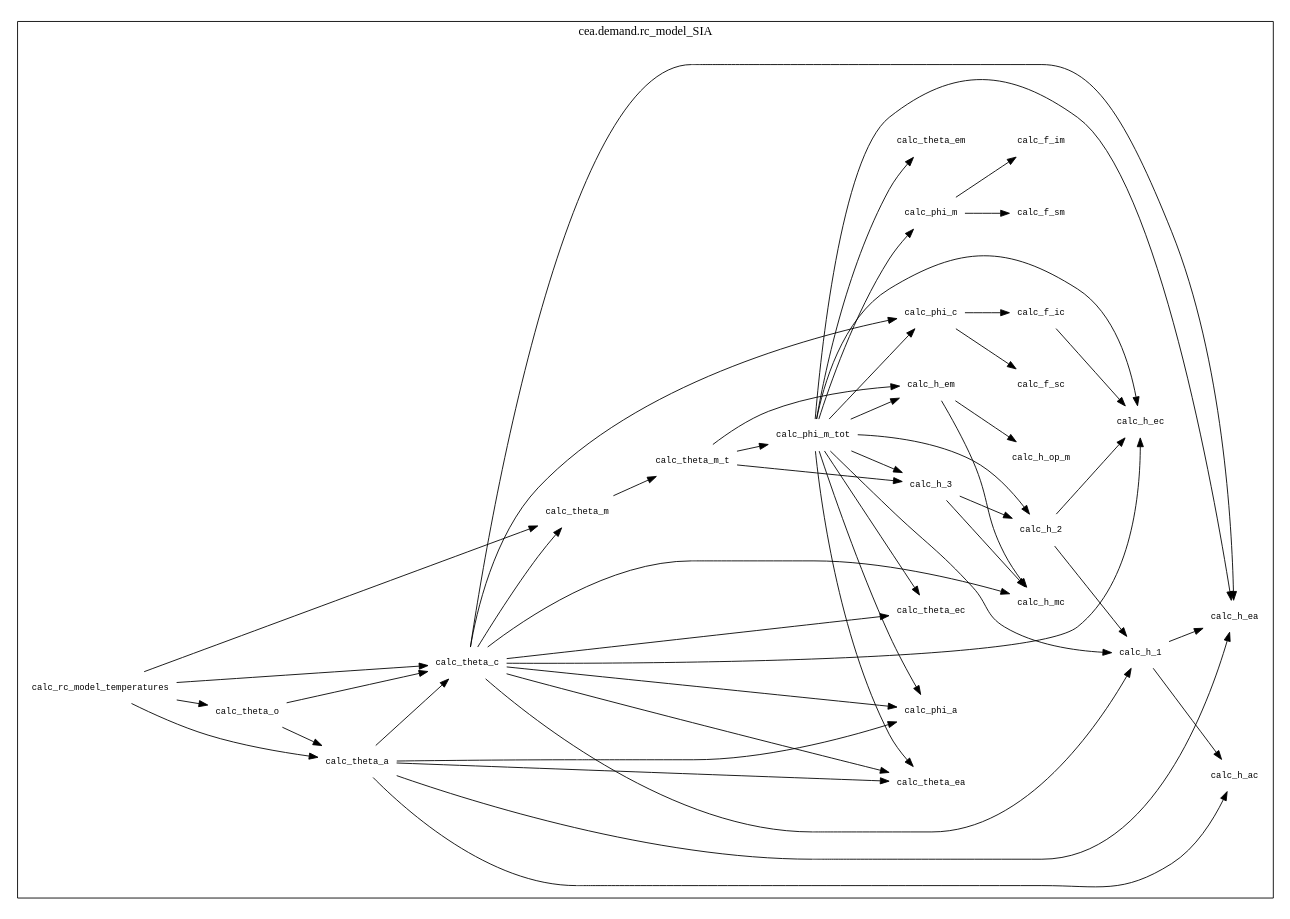
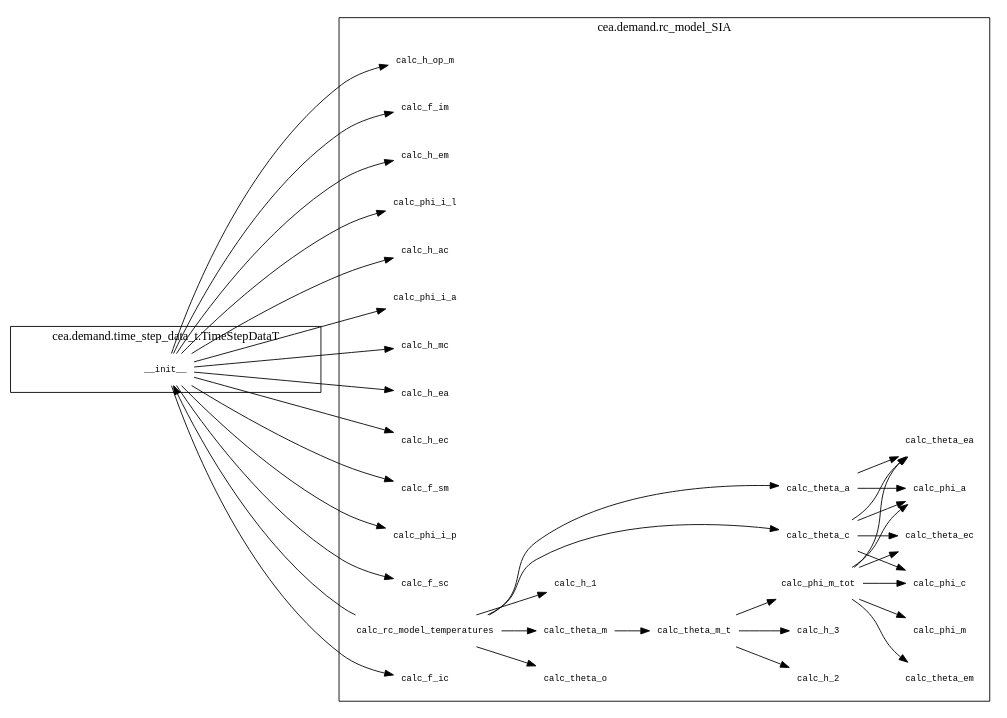
Before and after one commit to architecture-building-systems/CityEnergyAnalyst: the diagram in docs/demand/rc_model_temperatures.gv, drawn with Graphviz. The commit also changed 7 other files, not shown here.

First line of the commit message:
optimizing usage of calc_theta_ea, calc_phi_a, calc_phi_c

```diff
--- a/docs/demand/rc_model_temperatures.gv
+++ b/docs/demand/rc_model_temperatures.gv
@@ -1,84 +1,77 @@
 digraph demand_function_graph {
   rankdir=LR;
   ratio=0.7072135785007072;
   edge[weight=1.2];
   node [shape=plaintext, ranksep=0.7, nodesep=0.7, fontsize=10, fontname=monospace, color=none];
+  subgraph "cluster_cea.demand.time_step_data_t.TimeStepDataT" {
+    "__init__";
+    label="cea.demand.time_step_data_t.TimeStepDataT";
+  }
   subgraph "cluster_cea.demand.rc_model_SIA" {
     "calc_h_op_m";
-    "calc_h_2";
+    "calc_phi_m_tot";
     "calc_theta_o";
     "calc_theta_m";
-    "calc_phi_m_tot";
+    "calc_h_2";
     "calc_h_3";
     "calc_h_1";
     "calc_phi_a";
     "calc_phi_c";
     "calc_theta_a";
     "calc_phi_m";
     "calc_theta_ea";
-    "calc_h_mc";
-    "calc_f_ic";
+    "calc_f_im";
+    "calc_theta_em";
     "calc_theta_c";
     "calc_theta_m_t";
     "calc_h_em";
+    "calc_phi_i_l";
     "calc_h_ac";
-    "calc_f_im";
+    "calc_phi_i_a";
+    "calc_h_mc";
     "calc_h_ea";
     "calc_h_ec";
     "calc_f_sm";
-    "calc_theta_em";
+    "calc_phi_i_p";
     "calc_f_sc";
     "calc_rc_model_temperatures";
+    "calc_f_ic";
     "calc_theta_ec";
     label="cea.demand.rc_model_SIA";
   }
+  "calc_rc_model_temperatures" -> "__init__";
+  "__init__" -> "calc_h_ec";
+  "__init__" -> "calc_h_ac";
+  "__init__" -> "calc_h_ea";
+  "__init__" -> "calc_f_sc";
+  "__init__" -> "calc_f_ic";
+  "__init__" -> "calc_h_op_m";
+  "__init__" -> "calc_h_mc";
+  "__init__" -> "calc_h_em";
+  "__init__" -> "calc_f_im";
+  "__init__" -> "calc_f_sm";
+  "__init__" -> "calc_phi_i_l";
+  "__init__" -> "calc_phi_i_a";
+  "__init__" -> "calc_phi_i_p";
+  "calc_rc_model_temperatures" -> "calc_h_1";
   "calc_rc_model_temperatures" -> "calc_theta_m";
   "calc_theta_m" -> "calc_theta_m_t";
+  "calc_theta_m_t" -> "calc_h_2";
   "calc_theta_m_t" -> "calc_h_3";
-  "calc_h_3" -> "calc_h_2";
-  "calc_h_2" -> "calc_h_1";
-  "calc_h_1" -> "calc_h_ea";
-  "calc_h_1" -> "calc_h_ac";
-  "calc_h_2" -> "calc_h_ec";
-  "calc_h_3" -> "calc_h_mc";
-  "calc_theta_m_t" -> "calc_h_em";
-  "calc_h_em" -> "calc_h_op_m";
-  "calc_h_em" -> "calc_h_mc";
   "calc_theta_m_t" -> "calc_phi_m_tot";
+  "calc_phi_m_tot" -> "calc_theta_em";
+  "calc_phi_m_tot" -> "calc_theta_ec";
+  "calc_phi_m_tot" -> "calc_theta_ea";
+  "calc_phi_m_tot" -> "calc_phi_a";
+  "calc_phi_m_tot" -> "calc_phi_c";
   "calc_phi_m_tot" -> "calc_phi_m";
-  "calc_phi_m" -> "calc_f_im";
-  "calc_phi_m" -> "calc_f_sm";
-  "calc_phi_m_tot" -> "calc_h_em";
-  "calc_phi_m_tot" -> "calc_theta_em";
-  "calc_phi_m_tot" -> "calc_h_3";
-  "calc_phi_m_tot" -> "calc_phi_c";
-  "calc_phi_c" -> "calc_f_ic";
-  "calc_f_ic" -> "calc_h_ec";
-  "calc_phi_c" -> "calc_f_sc";
-  "calc_phi_m_tot" -> "calc_h_ec";
-  "calc_phi_m_tot" -> "calc_theta_ec";
-  "calc_phi_m_tot" -> "calc_h_1";
-  "calc_phi_m_tot" -> "calc_phi_a";
-  "calc_phi_m_tot" -> "calc_h_ea";
-  "calc_phi_m_tot" -> "calc_theta_ea";
-  "calc_phi_m_tot" -> "calc_h_2";
   "calc_rc_model_temperatures" -> "calc_theta_c";
-  "calc_theta_c" -> "calc_h_mc";
-  "calc_theta_c" -> "calc_theta_m";
   "calc_theta_c" -> "calc_phi_c";
-  "calc_theta_c" -> "calc_h_ec";
   "calc_theta_c" -> "calc_theta_ec";
-  "calc_theta_c" -> "calc_h_1";
   "calc_theta_c" -> "calc_phi_a";
-  "calc_theta_c" -> "calc_h_ea";
   "calc_theta_c" -> "calc_theta_ea";
   "calc_rc_model_temperatures" -> "calc_theta_a";
-  "calc_theta_a" -> "calc_h_ac";
-  "calc_theta_a" -> "calc_theta_c";
-  "calc_theta_a" -> "calc_h_ea";
   "calc_theta_a" -> "calc_theta_ea";
   "calc_theta_a" -> "calc_phi_a";
   "calc_rc_model_temperatures" -> "calc_theta_o";
-  "calc_theta_o" -> "calc_theta_a";
-  "calc_theta_o" -> "calc_theta_c";
 }
```
